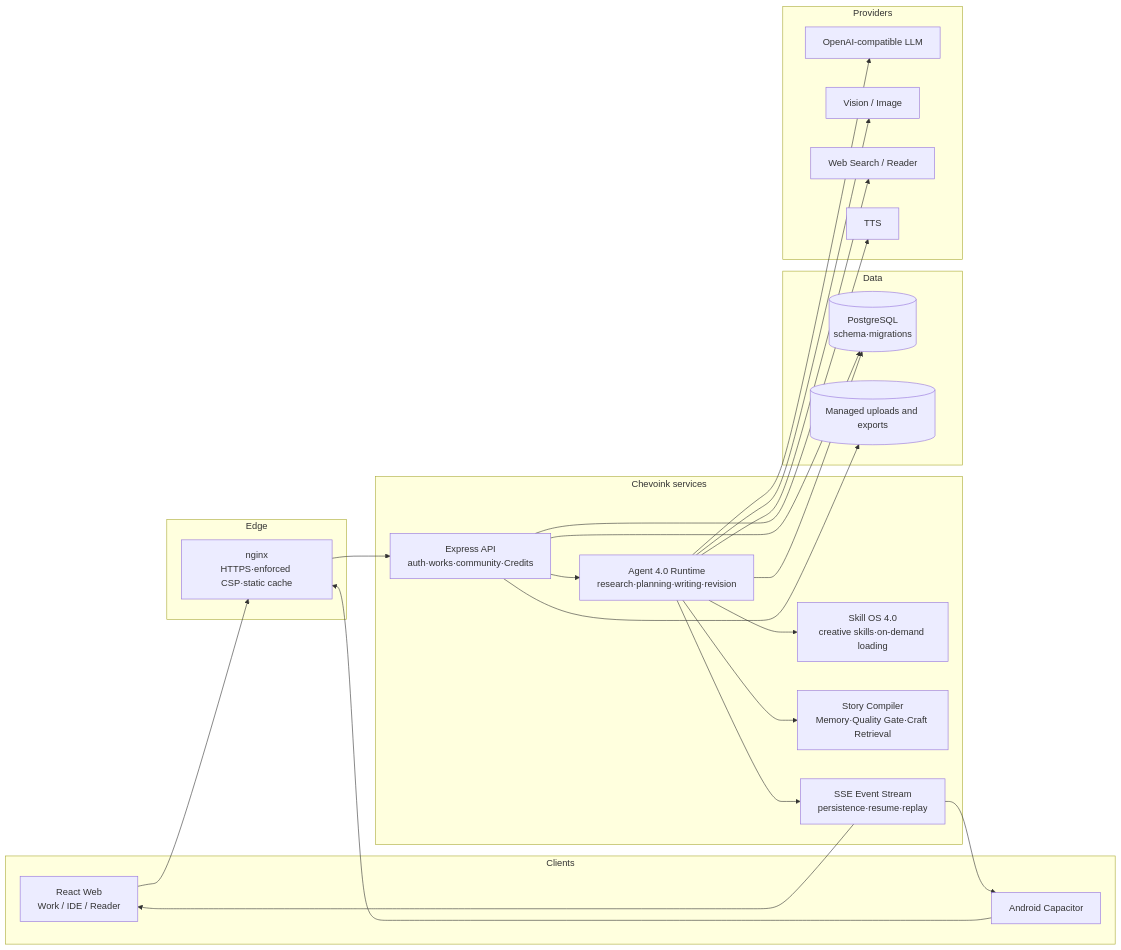
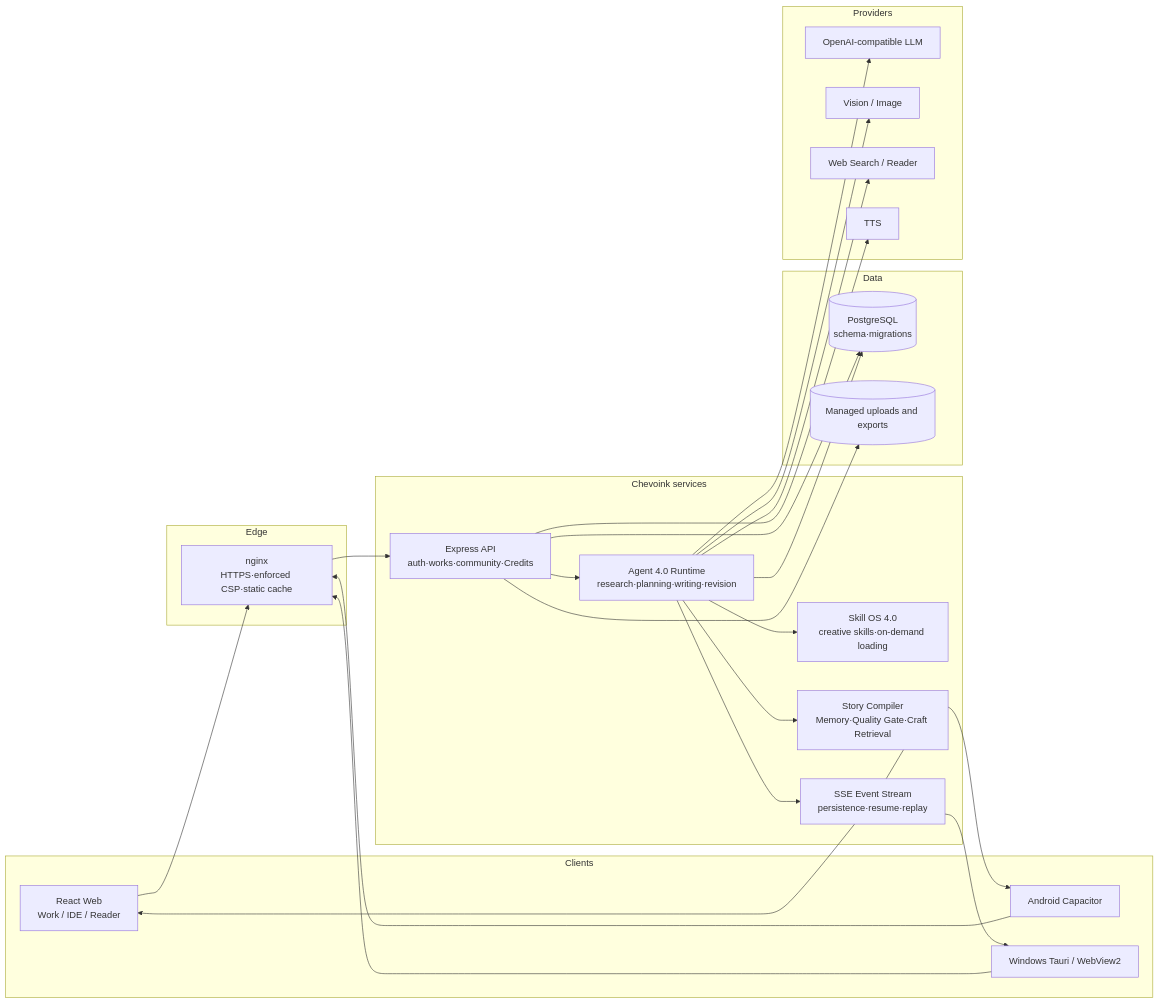
One commit to Xcy8010/Chevoink changed the second of 2 diagrams in README.en.md. Above: the diagram before and after it, drawn with Mermaid. The commit also changed other lines of this file and 11 other files, not shown here.

````diff
--- a/README.en.md
+++ b/README.en.md
@@ -91,43 +101,46 @@
 ```mermaid
 flowchart LR
   subgraph Client[Clients]
     WEB[React Web<br/>Work / IDE / Reader]
     APP[Android Capacitor]
+    WIN[Windows Tauri / WebView2]
   end
   subgraph Edge[Edge]
     NGINX[nginx<br/>HTTPS·enforced CSP·static cache]
   end
   subgraph Service[Chevoink services]
     API[Express API<br/>auth·works·community·Credits]
     LOOP[Agent 4.0 Runtime<br/>research·planning·writing·revision]
     SKILL[Skill OS 4.0<br/>creative skills·on-demand loading]
     STORY[Story Compiler<br/>Memory·Quality Gate·Craft Retrieval]
     SSE[SSE Event Stream<br/>persistence·resume·replay]
   end
   subgraph Data[Data]
     PG[(PostgreSQL<br/>schema·migrations)]
     FILES[(Managed uploads and exports)]
   end
   subgraph Providers[Providers]
     LLM[OpenAI-compatible LLM]
     VISION[Vision / Image]
     SEARCH[Web Search / Reader]
     TTS[TTS]
   end
   WEB --> NGINX
   APP --> NGINX
+  WIN --> NGINX
   NGINX --> API
   API --> LOOP
   LOOP --> SKILL
   LOOP --> STORY
   LOOP --> SSE
   API --> PG
   LOOP --> PG
   API --> FILES
   LOOP --> LLM
   LOOP --> VISION
   LOOP --> SEARCH
   API --> TTS
   SSE --> WEB
   SSE --> APP
+  SSE --> WIN
 ```
````
